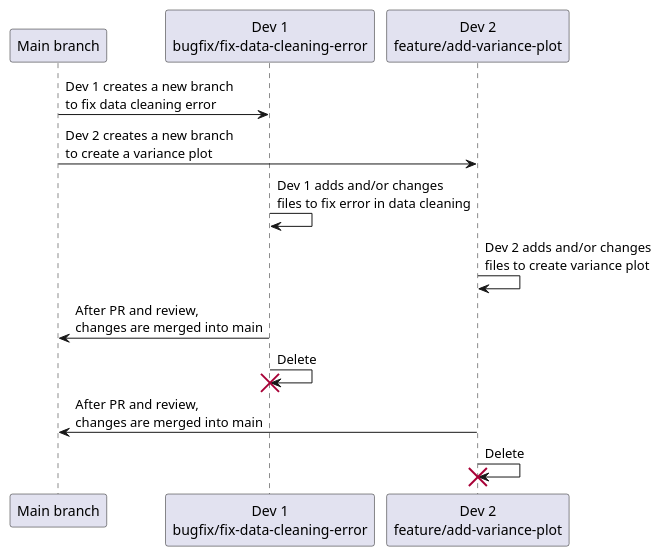
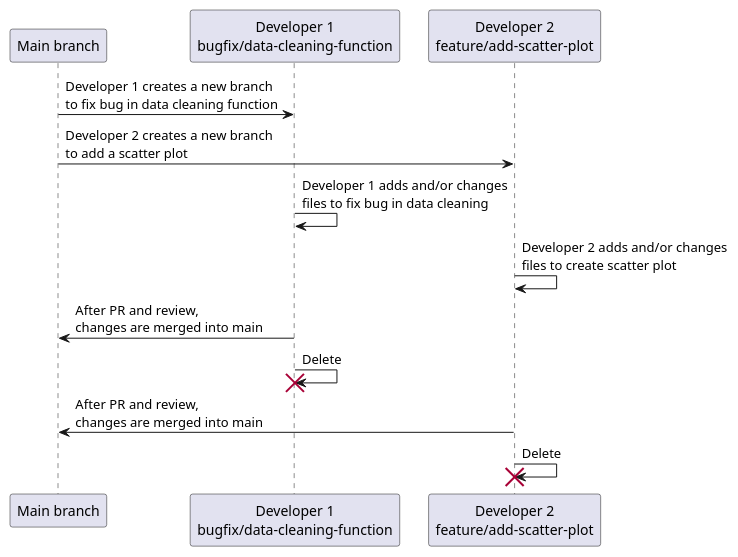
One commit to rostools/cog-flow-intro changed the diagram in branching-parallel-development.puml. Above: the diagram before and after it, drawn with PlantUML.

Commit message:
docs: dev -> developer + variance -> scatter + error -> function
Minor changes to text in plot to create clearer examples

```diff
--- a/branching-parallel-development.puml
+++ b/branching-parallel-development.puml
@@ -1,12 +1,12 @@
 @startuml branching-parallel-development
 
-"Main branch" -> "Dev 1\nbugfix/fix-data-cleaning-error": Dev 1 creates a new branch\nto fix data cleaning error
-"Main branch" -> "Dev 2\nfeature/add-variance-plot": Dev 2 creates a new branch\nto create a variance plot
-"Dev 1\nbugfix/fix-data-cleaning-error" -> "Dev 1\nbugfix/fix-data-cleaning-error": Dev 1 adds and/or changes\nfiles to fix error in data cleaning
-"Dev 2\nfeature/add-variance-plot" -> "Dev 2\nfeature/add-variance-plot": Dev 2 adds and/or changes\nfiles to create variance plot
-"Dev 1\nbugfix/fix-data-cleaning-error" -> "Main branch": After PR and review,\nchanges are merged into main
-"Dev 1\nbugfix/fix-data-cleaning-error" -> "Dev 1\nbugfix/fix-data-cleaning-error" !! : Delete
-"Dev 2\nfeature/add-variance-plot" -> "Main branch": After PR and review,\nchanges are merged into main
-"Dev 2\nfeature/add-variance-plot" -> "Dev 2\nfeature/add-variance-plot" !! : Delete
+"Main branch" -> "Developer 1\nbugfix/data-cleaning-function": Developer 1 creates a new branch\nto fix bug in data cleaning function
+"Main branch" -> "Developer 2\nfeature/add-scatter-plot": Developer 2 creates a new branch\nto add a scatter plot
+"Developer 1\nbugfix/data-cleaning-function" -> "Developer 1\nbugfix/data-cleaning-function": Developer 1 adds and/or changes\nfiles to fix bug in data cleaning
+"Developer 2\nfeature/add-scatter-plot" -> "Developer 2\nfeature/add-scatter-plot": Developer 2 adds and/or changes\nfiles to create scatter plot
+"Developer 1\nbugfix/data-cleaning-function" -> "Main branch": After PR and review,\nchanges are merged into main
+"Developer 1\nbugfix/data-cleaning-function" -> "Developer 1\nbugfix/data-cleaning-function" !! : Delete
+"Developer 2\nfeature/add-scatter-plot" -> "Main branch": After PR and review,\nchanges are merged into main
+"Developer 2\nfeature/add-scatter-plot" -> "Developer 2\nfeature/add-scatter-plot" !! : Delete
 
 @enduml 
```
